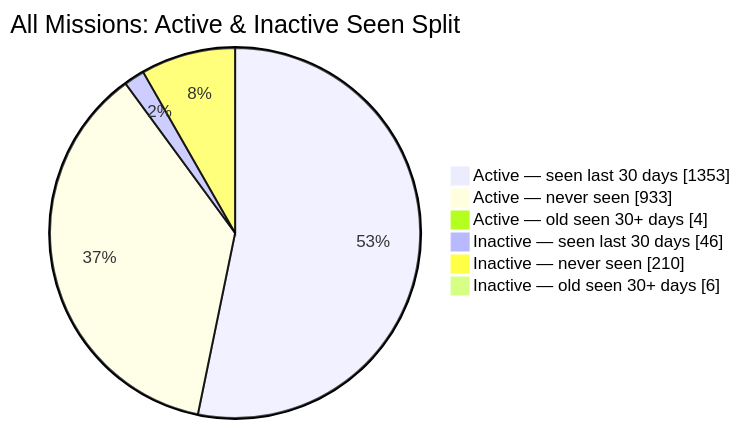
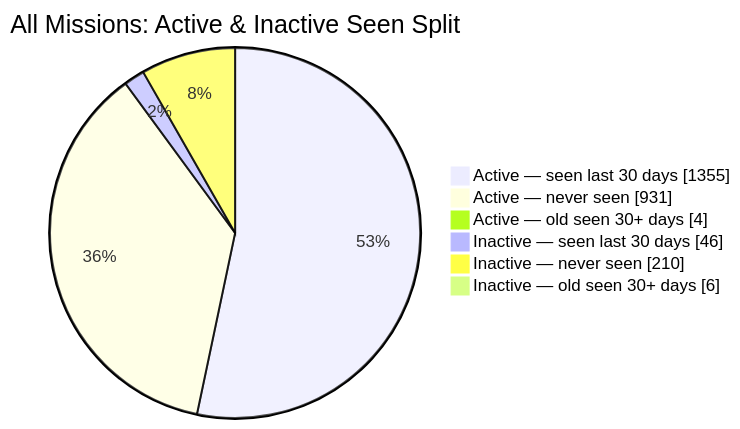
One commit to MeldkamerspelGameTeam/active-missions changed the second of 2 diagrams in README.md. Above: the diagram before and after it, drawn with Mermaid. The commit also changed other lines of this file and 2 other files, not shown here.

````diff
--- a/README.md
+++ b/README.md
@@ -44,10 +44,10 @@
 ```mermaid
 pie showData
     title All Missions: Active & Inactive Seen Split
-    "Active — seen last 30 days" : 1353
-    "Active — never seen" : 933
+    "Active — seen last 30 days" : 1355
+    "Active — never seen" : 931
     "Active — old seen 30+ days" : 4
     "Inactive — seen last 30 days" : 46
     "Inactive — never seen" : 210
     "Inactive — old seen 30+ days" : 6
 ```
````
